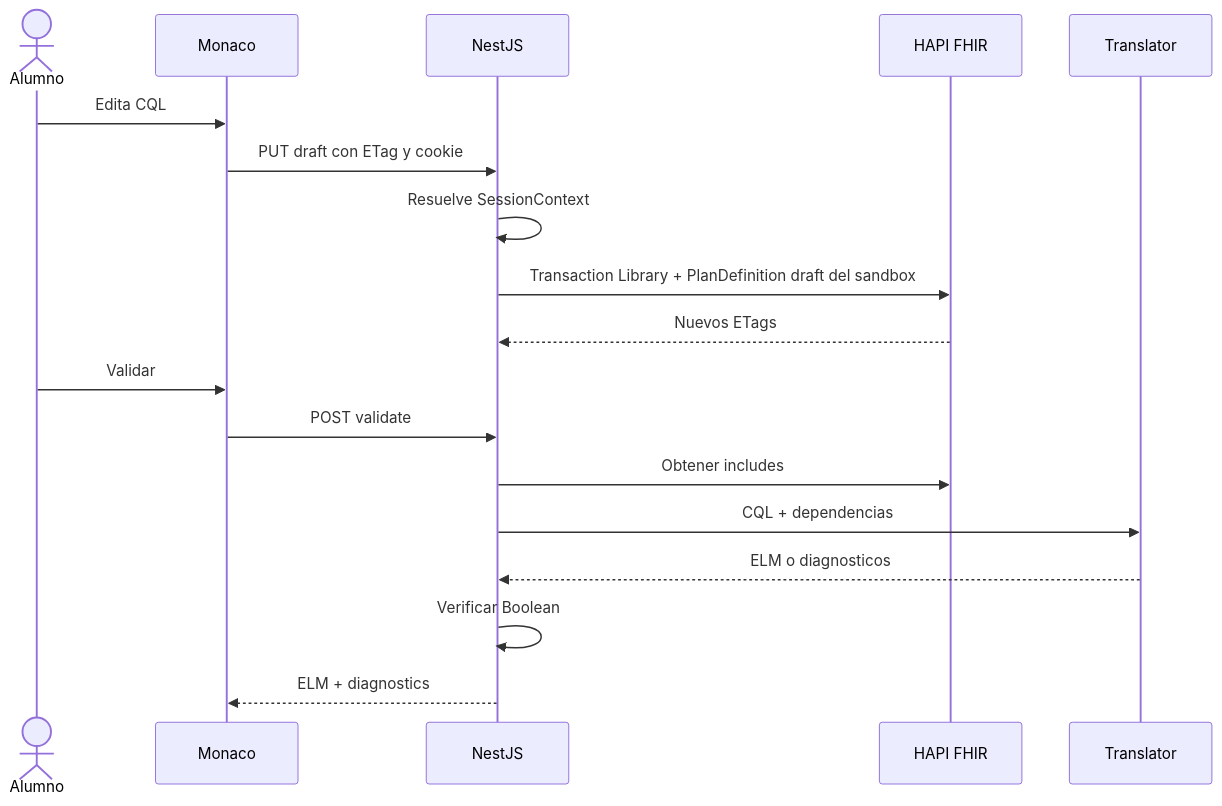
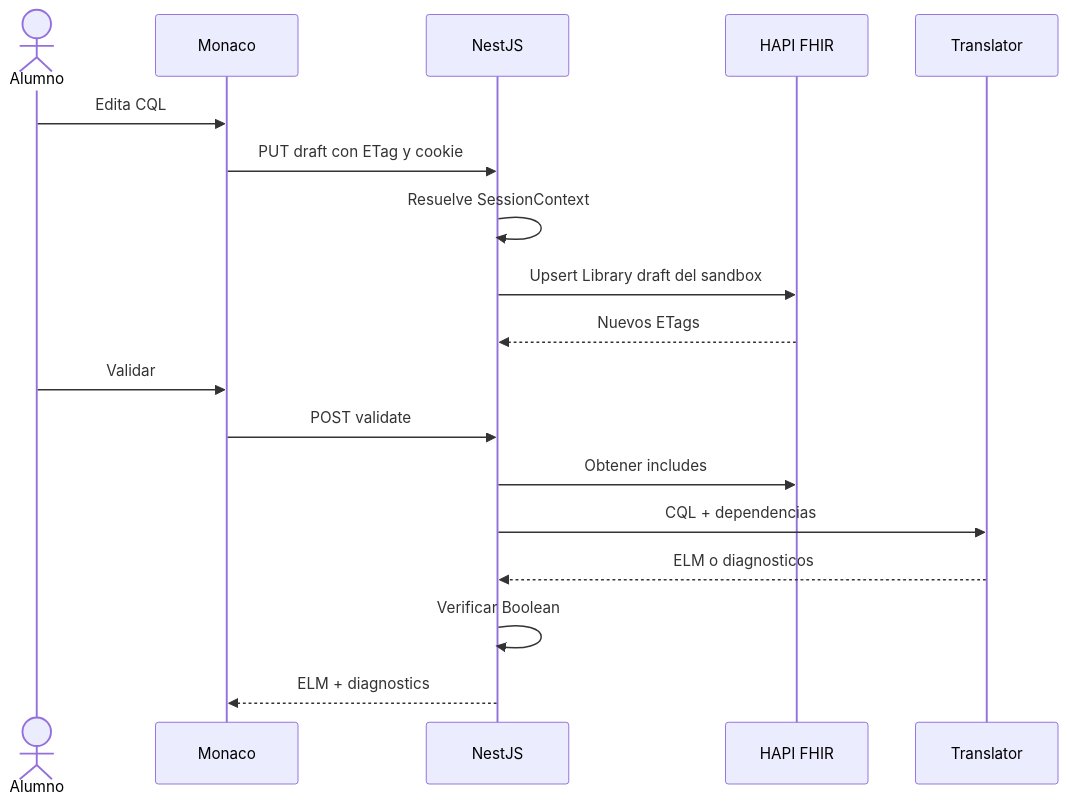
One commit to J0TTAA/RCE-CQL changed the sixth of 8 diagrams in docs/DESIGN.md. Above: the diagram before and after it, drawn with Mermaid. The commit also changed other lines of this file and 37 other files, not shown here.

Commit message:
Integrate RCE frontend with HAPI-backed API

````diff
--- a/docs/DESIGN.md
+++ b/docs/DESIGN.md
@@ -662,21 +659,21 @@
 ```mermaid
 sequenceDiagram
     actor User as Alumno
     participant UI as Monaco
     participant API as NestJS
     participant HAPI as HAPI FHIR
     participant CQL as Translator
 
     User->>UI: Edita CQL
     UI->>API: PUT draft con ETag y cookie
     API->>API: Resuelve SessionContext
-    API->>HAPI: Transaction Library + PlanDefinition draft del sandbox
+    API->>HAPI: Upsert Library draft del sandbox
     HAPI-->>API: Nuevos ETags
     User->>UI: Validar
     UI->>API: POST validate
     API->>HAPI: Obtener includes
     API->>CQL: CQL + dependencias
     CQL-->>API: ELM o diagnosticos
     API->>API: Verificar Boolean
     API-->>UI: ELM + diagnostics
 ```
````
